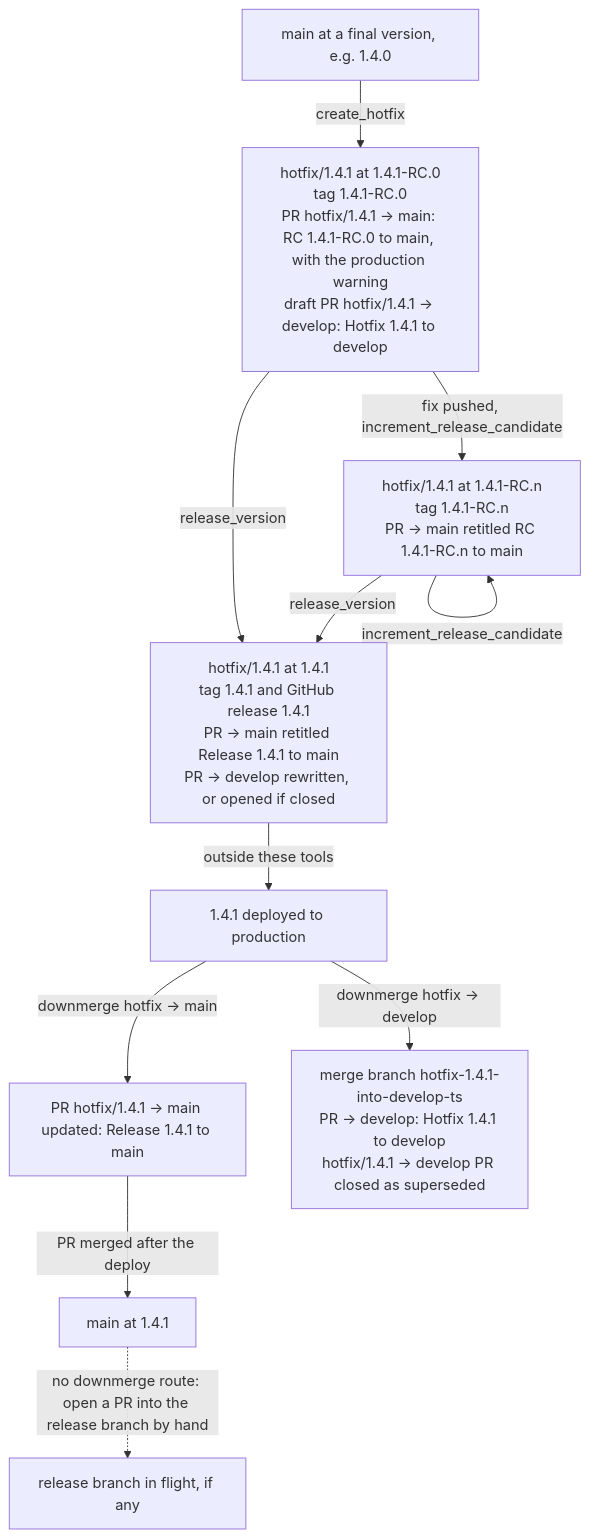
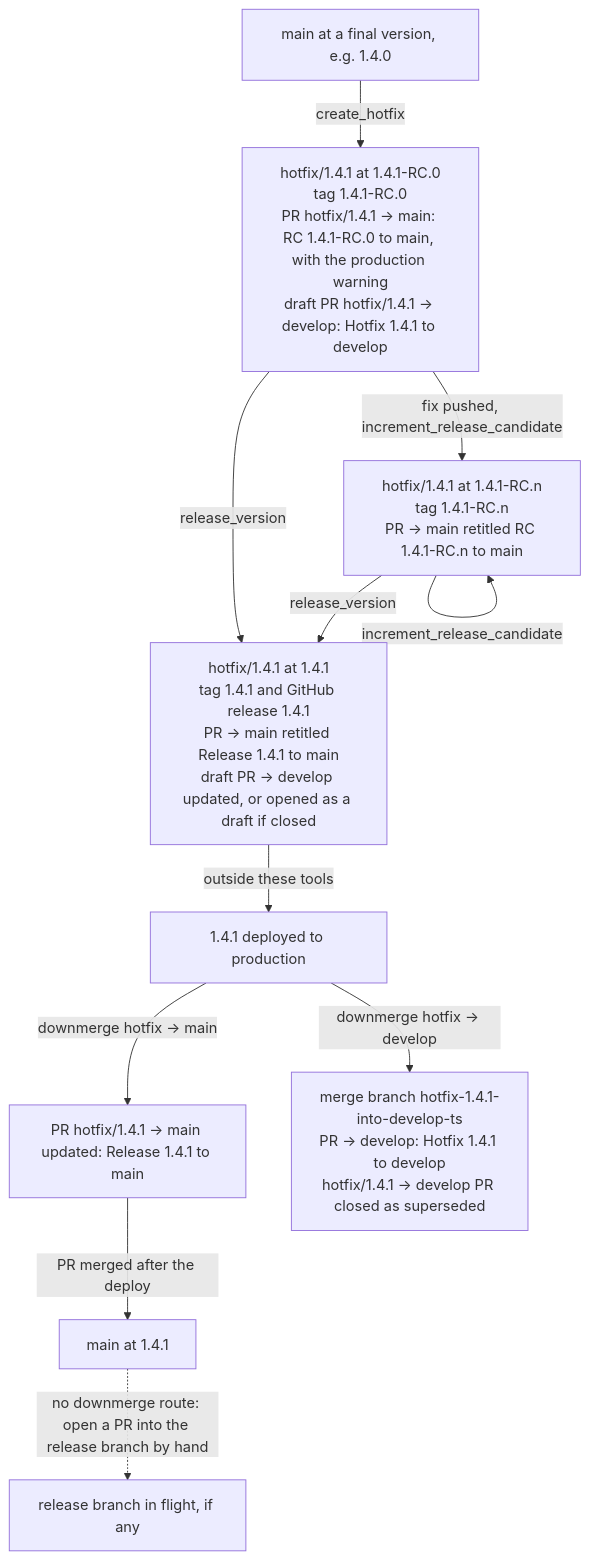
One commit to officespacesoftware/versioner changed the second of 6 diagrams in docs/flows.md. Above: the diagram before and after it, drawn with Mermaid. The commit also changed 7 other files, not shown here.

First line of the commit message:
Keep a hotfix's develop pull request a draft placeholder when it is promoted

````diff
--- a/docs/flows.md
+++ b/docs/flows.md
@@ -45,23 +45,23 @@
 ```mermaid
 flowchart TD
   MAIN0["main at a final version, e.g. 1.4.0"]
   HF0["hotfix/1.4.1 at 1.4.1-RC.0<br/>tag 1.4.1-RC.0<br/>PR hotfix/1.4.1 → main: RC 1.4.1-RC.0 to main, with the production warning<br/>draft PR hotfix/1.4.1 → develop: Hotfix 1.4.1 to develop"]
   HFN["hotfix/1.4.1 at 1.4.1-RC.n<br/>tag 1.4.1-RC.n<br/>PR → main retitled RC 1.4.1-RC.n to main"]
-  FIN["hotfix/1.4.1 at 1.4.1<br/>tag 1.4.1 and GitHub release 1.4.1<br/>PR → main retitled Release 1.4.1 to main<br/>PR → develop rewritten, or opened if closed"]
+  FIN["hotfix/1.4.1 at 1.4.1<br/>tag 1.4.1 and GitHub release 1.4.1<br/>PR → main retitled Release 1.4.1 to main<br/>draft PR → develop updated, or opened as a draft if closed"]
   DEP["1.4.1 deployed to production"]
   HM["PR hotfix/1.4.1 → main updated: Release 1.4.1 to main"]
   MAIN1["main at 1.4.1"]
   HD["merge branch hotfix-1.4.1-into-develop-ts<br/>PR → develop: Hotfix 1.4.1 to develop<br/>hotfix/1.4.1 → develop PR closed as superseded"]
   REL["release branch in flight, if any"]
 
   MAIN0 -->|"create_hotfix"| HF0
   HF0 -->|"fix pushed, increment_release_candidate"| HFN
   HFN -->|"increment_release_candidate"| HFN
   HF0 -->|"release_version"| FIN
   HFN -->|"release_version"| FIN
   FIN -->|"outside these tools"| DEP
   DEP -->|"downmerge hotfix → main"| HM
   HM -->|"PR merged after the deploy"| MAIN1
   DEP -->|"downmerge hotfix → develop"| HD
   MAIN1 -.->|"no downmerge route: open a PR into the release branch by hand"| REL
 ```
````
